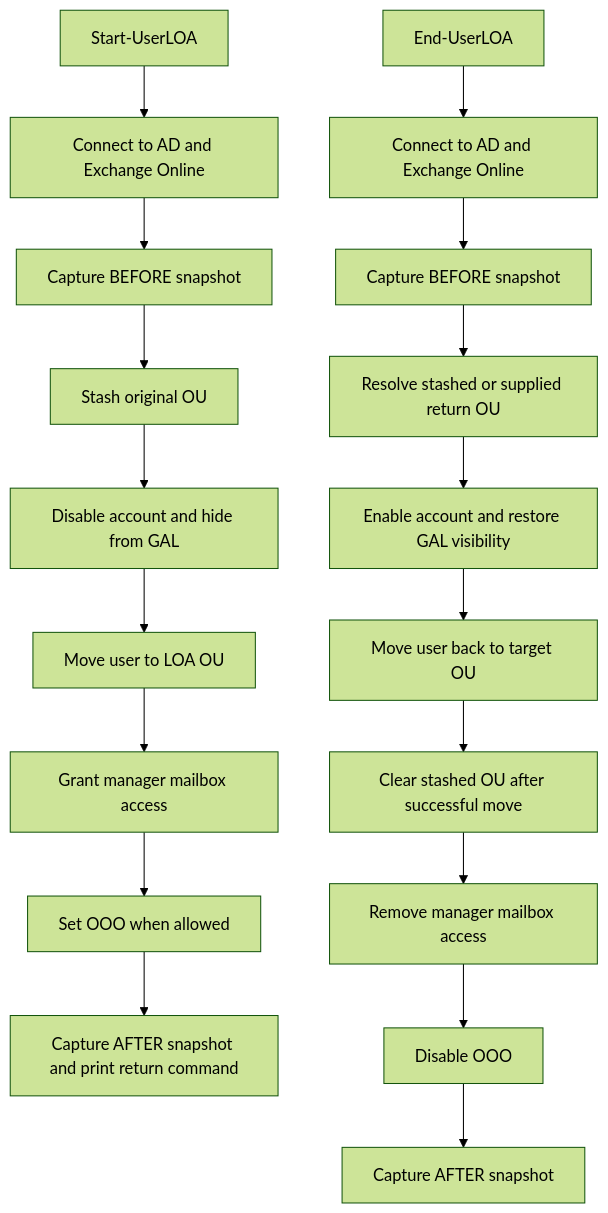
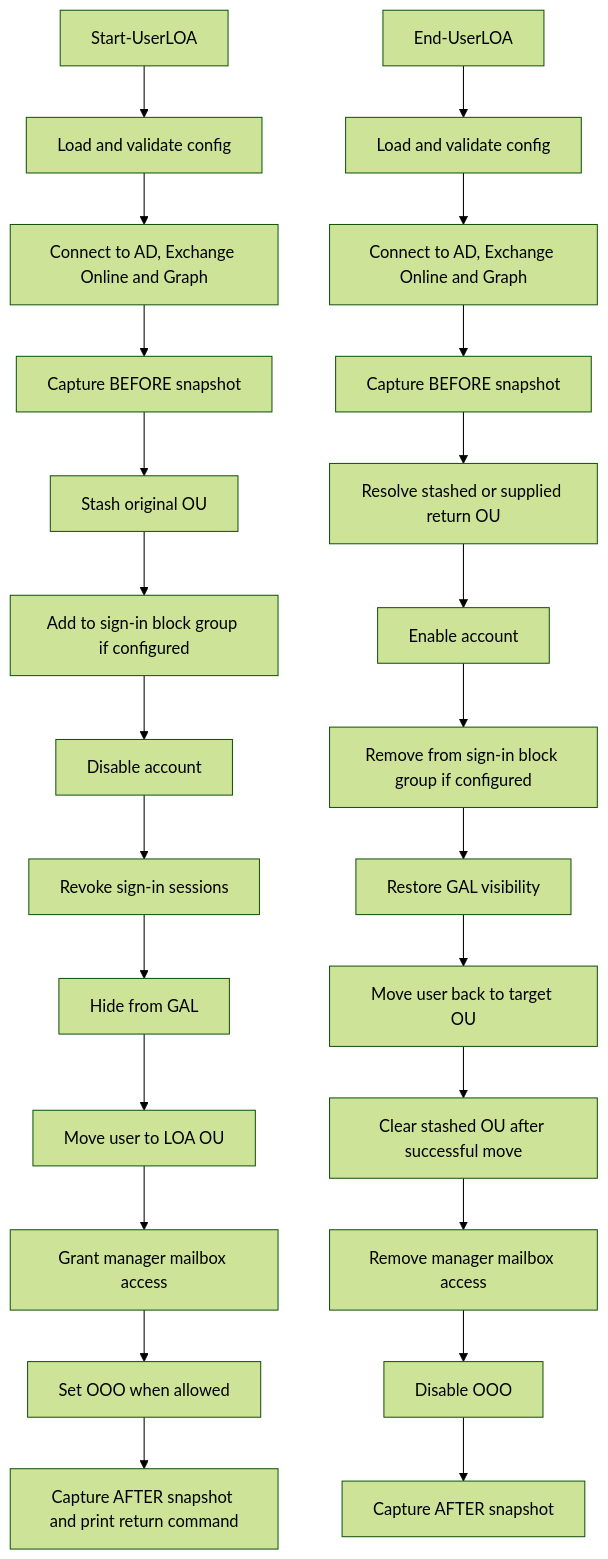
Before and after one commit to Dhanzz1/manage-user-loa: the diagram in README.md, drawn with Mermaid (forest theme). The commit also changed other lines of this file and 8 other files, not shown here.

Commit message:
feat: block sign-in and revoke sessions after AD disable

````diff
--- a/README.md
+++ b/README.md
@@ -110,21 +130,28 @@
 ```mermaid
 flowchart TD
-    A[Start-UserLOA] --> B[Connect to AD and Exchange Online]
+    A[Start-UserLOA] --> A2[Load and validate config]
+    A2 --> B[Connect to AD, Exchange Online and Graph]
     B --> C[Capture BEFORE snapshot]
     C --> D[Stash original OU]
-    D --> E[Disable account and hide from GAL]
-    E --> F[Move user to LOA OU]
+    D --> D2[Add to sign-in block group if configured]
+    D2 --> E[Disable account]
+    E --> E2[Revoke sign-in sessions]
+    E2 --> E3[Hide from GAL]
+    E3 --> F[Move user to LOA OU]
     F --> G[Grant manager mailbox access]
     G --> H[Set OOO when allowed]
     H --> J[Capture AFTER snapshot and print return command]
 
-    K[End-UserLOA] --> L[Connect to AD and Exchange Online]
+    K[End-UserLOA] --> K2[Load and validate config]
+    K2 --> L[Connect to AD, Exchange Online and Graph]
     L --> M[Capture BEFORE snapshot]
     M --> N[Resolve stashed or supplied return OU]
-    N --> O[Enable account and restore GAL visibility]
-    O --> P[Move user back to target OU]
+    N --> O[Enable account]
+    O --> O2[Remove from sign-in block group if configured]
+    O2 --> O3[Restore GAL visibility]
+    O3 --> P[Move user back to target OU]
     P --> Q[Clear stashed OU after successful move]
     Q --> R[Remove manager mailbox access]
     R --> S[Disable OOO]
     S --> U[Capture AFTER snapshot]
 ```
````
